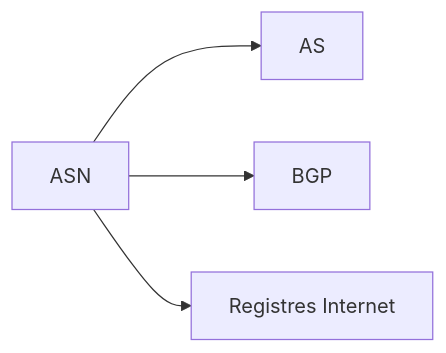
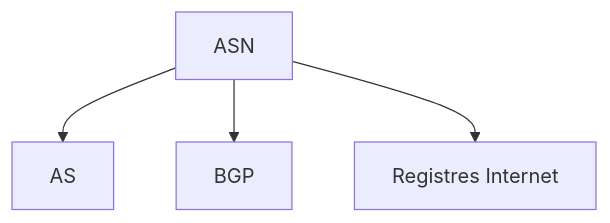
The third of 38 diagrams in docs/glossaire/administration-reseau.md (zyrass/omnydocs), drawn with Mermaid before and after one commit. The commit also changed other lines of this file and 1780 other files, not shown here.

````diff
--- a/docs/glossaire/administration-reseau.md
+++ b/docs/glossaire/administration-reseau.md
@@ -67,6 +83,6 @@
-    ```mermaid
-    graph LR
-        A[ASN] --> B[AS]
-        A --> C[BGP]
-        A --> D[Registres Internet]
-    ```
+```mermaid
+graph TB
+    A[ASN] --> B[AS]
+    A --> C[BGP]
+    A --> D[Registres Internet]
+```
````
